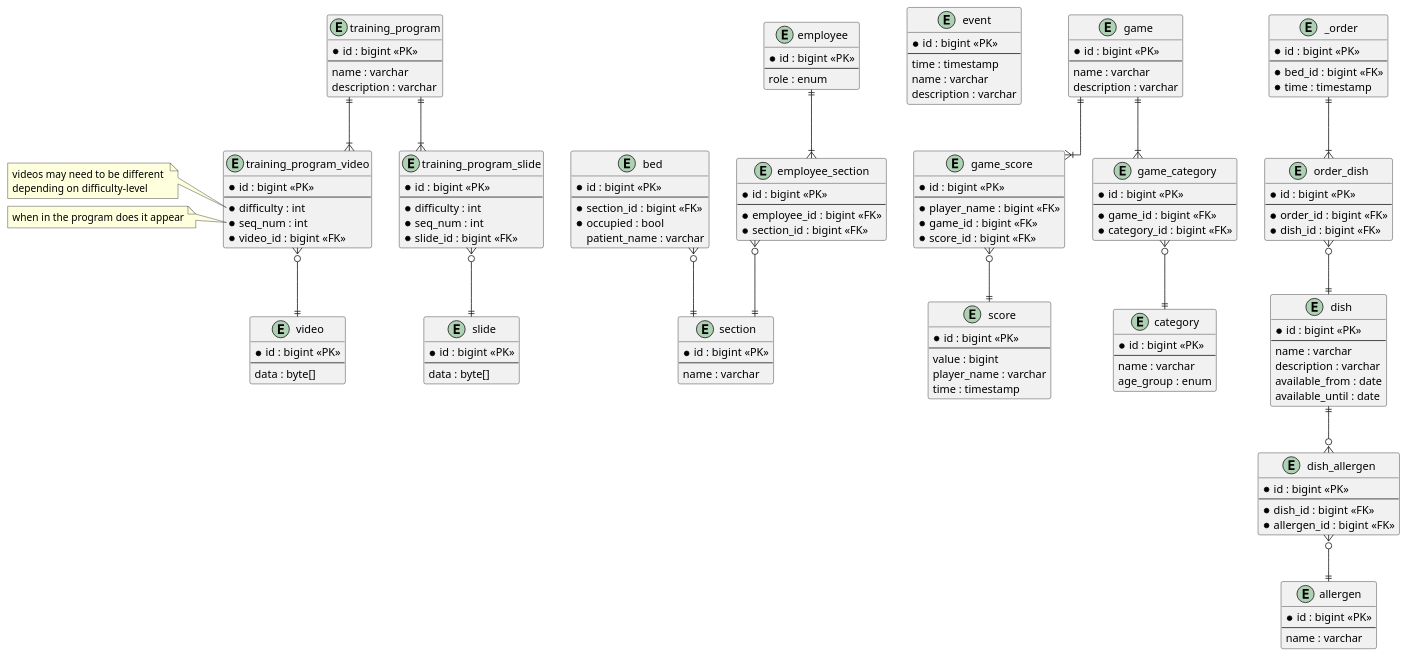
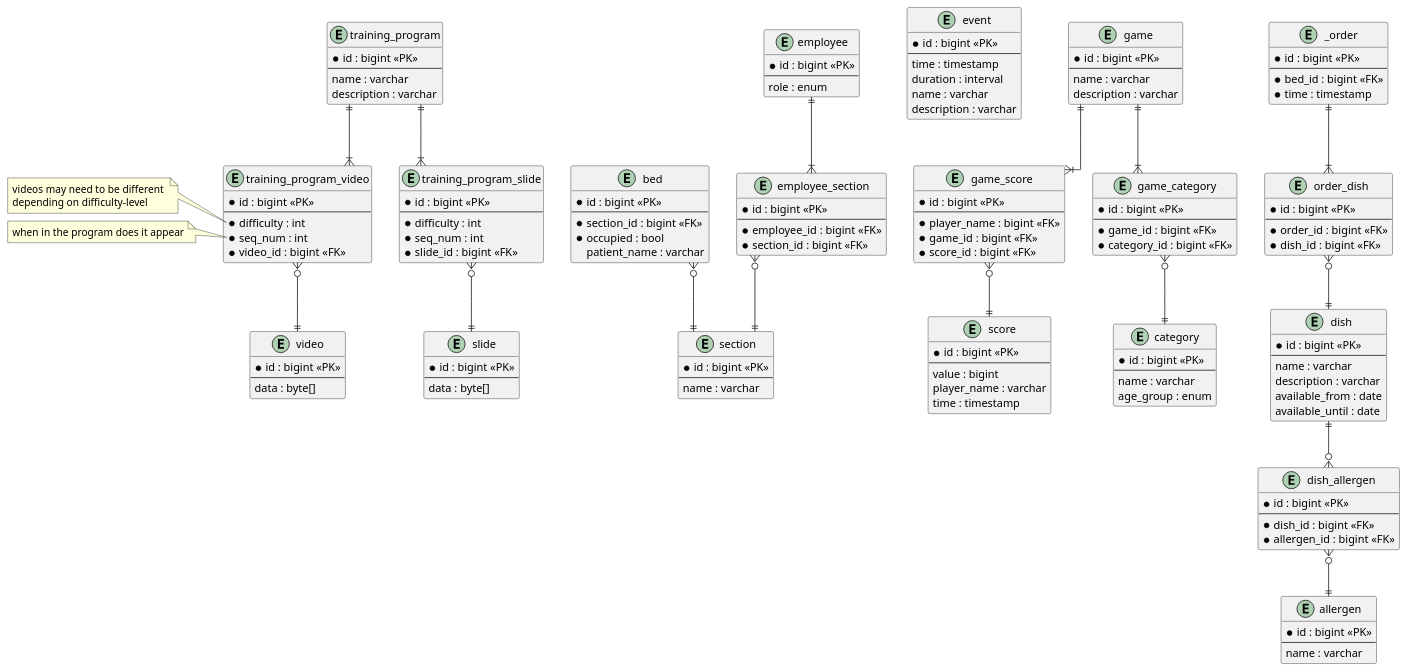
Before and after one commit to Oskar123456/SYSDAT-F25-TEAM-G: the diagram in diagrams/puml/ERD.puml, drawn with PlantUML. The commit also changed 1 other file, not shown here.

Commit message:
add duration to event in ERD

```diff
--- a/diagrams/puml/ERD.puml
+++ b/diagrams/puml/ERD.puml
@@ -15,188 +15,189 @@
 @startuml
 /'!theme cerulean'/
 skinparam linetype ortho
 
 entity section {
     * id : bigint <<PK>>
     --
     name : varchar
 }
 entity bed {
     * id : bigint <<PK>>
     --
     * section_id : bigint <<FK>>
     * occupied : bool
     patient_name : varchar
 }
 entity employee {
     * id : bigint <<PK>>
     --
     role : enum
 }
 
 entity event {
     * id : bigint <<PK>>
     --
     time : timestamp
+    duration : interval
     name : varchar
     description : varchar
 }
 
 entity game {
     * id : bigint <<PK>>
     --
     name : varchar
     description : varchar
 }
 
 entity score {
     * id : bigint <<PK>>
     --
     value : bigint
     player_name : varchar
     time : timestamp
 }
 
 entity game_score {
     * id : bigint <<PK>>
     --
     * player_name : bigint <<FK>>
     * game_id : bigint <<FK>>
     * score_id : bigint <<FK>>
 }
 
 entity _order {
     * id : bigint <<PK>>
     --
     * bed_id : bigint <<FK>>
     * time : timestamp
 }
 
 entity order_dish {
     * id : bigint <<PK>>
     --
     * order_id : bigint <<FK>>
     * dish_id : bigint <<FK>>
 }
 
 entity dish {
     * id : bigint <<PK>>
     --
     name : varchar
     description : varchar
     available_from : date
     available_until : date
 }
 
 entity dish_allergen {
     * id : bigint <<PK>>
     --
     * dish_id : bigint <<FK>>
     * allergen_id : bigint <<FK>>
 }
 
 entity allergen {
     * id : bigint <<PK>>
     --
     name : varchar
 }
 
 entity game_category {
     * id : bigint <<PK>>
     --
     * game_id : bigint <<FK>>
     * category_id : bigint <<FK>>
 }
 
 entity category {
     * id : bigint <<PK>>
     --
     name : varchar
     age_group : enum
 }
 
 entity training_program {
     * id : bigint <<PK>>
     --
     name : varchar
     description : varchar
 }
 
 entity training_program_slide {
     * id : bigint <<PK>>
     --
     * difficulty : int
     * seq_num : int
     * slide_id : bigint <<FK>>
 }
 
 entity training_program_video {
     * id : bigint <<PK>>
     --
     * difficulty : int
     * seq_num : int
     * video_id : bigint <<FK>>
 }
 
 entity slide {
     * id : bigint <<PK>>
     --
     data : byte[]
 }
 
 entity video {
     * id : bigint <<PK>>
     --
     data : byte[]
 }
 
 entity employee_section {
     * id : bigint <<PK>>
     --
     * employee_id : bigint <<FK>>
     * section_id : bigint <<FK>>
 }
 
 /' 
 
     RELATIONS
     
 '/
 
 _order ||--|{ order_dish
 order_dish }o--|| dish
 
 dish ||--o{ dish_allergen
 dish_allergen }o--|| allergen
 
 employee ||--|{ employee_section
 employee_section }o--|| section
 
 game ||--|{ game_category
 game_category }o--|| category
 game ||--|{ game_score
 game_score }o--|| score
 
 bed }o--|| section
 
 training_program ||--|{ training_program_video
 training_program_video }o--|| video
 training_program ||--|{ training_program_slide
 training_program_slide }o--|| slide
 
 /' 
 
     NOTES 
     
 '/
 
 note left of training_program_video::difficulty
 videos may need to be different 
 depending on difficulty-level
 end note
 
 note left of training_program_video::seq_num
 when in the program does it appear
 end note
 
 @enduml
```
